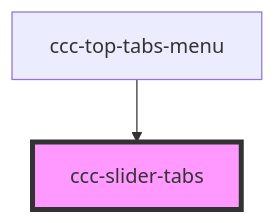
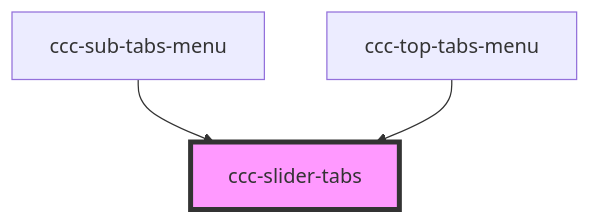
Before and after one commit to BioforestChain/web-components: the diagram in src/components/slider/readme.md, drawn with Mermaid. The commit also changed other lines of this file and 9 other files, not shown here.

````diff
--- a/src/components/slider/readme.md
+++ b/src/components/slider/readme.md
@@ -105,5 +99,6 @@
 ```mermaid
 graph TD;
+  ccc-sub-tabs-menu --> ccc-slider-tabs
   ccc-top-tabs-menu --> ccc-slider-tabs
   style ccc-slider-tabs fill:#f9f,stroke:#333,stroke-width:4px
 ```
````
